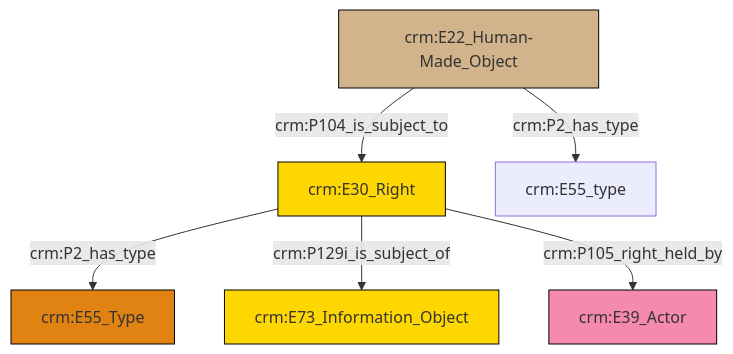
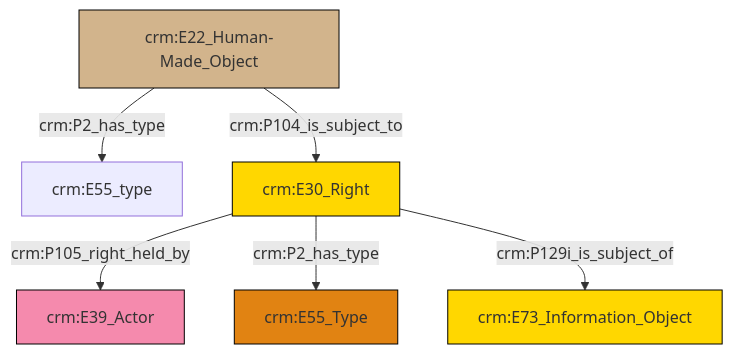
The diagram in et/builtWorkCSV/ttl/mmd/Built_Work_rights.ttl.mmd (swiss-art-research-net/docs.swissartresearch), drawn with Mermaid before and after one commit. The commit also changed 177 other files, not shown here.

```diff
--- a/et/builtWorkCSV/ttl/mmd/Built_Work_rights.ttl.mmd
+++ b/et/builtWorkCSV/ttl/mmd/Built_Work_rights.ttl.mmd
@@ -1,20 +1,20 @@
 graph TD
 classDef Literal fill:#f2f2f2,stroke:#000000;
 classDef CRM_Entity fill:#FFFFFF,stroke:#000000;
 classDef Temporal_Entity fill:#00C9E6, stroke:#000000;
 classDef Type fill:#E18312, stroke:#000000;
 classDef Time-Span fill:#2C9C91, stroke:#000000;
 classDef Appellation fill:#FFEB7F, stroke:#000000;
 classDef Place fill:#008836, stroke:#000000;
 classDef Persistent_Item fill:#B266B2, stroke:#000000;
 classDef Conceptual_Object fill:#FFD700, stroke:#000000;
 classDef Physical_Thing fill:#D2B48C, stroke:#000000;
 classDef Actor fill:#f58aad, stroke:#000000;
 classDef PC_Classes fill:#4ce600, stroke:#000000;
 classDef Multi fill:#cccccc,stroke:#000000;
 
-0["crm:E30_Right"]:::Conceptual_Object -->|crm:P2_has_type| 1["crm:E55_Type"]:::Type
-7["crm:E22_Human-Made_Object"]:::Physical_Thing -->|crm:P104_is_subject_to| 0["crm:E30_Right"]:::Conceptual_Object
-0["crm:E30_Right"]:::Conceptual_Object -->|crm:P129i_is_subject_of| 8["crm:E73_Information_Object"]:::Conceptual_Object
-0["crm:E30_Right"]:::Conceptual_Object -->|crm:P105_right_held_by| 5["crm:E39_Actor"]:::Actor
-7["crm:E22_Human-Made_Object"]:::Physical_Thing -->|crm:P2_has_type| 3["crm:E55_type"]:::Default
+4["crm:E30_Right"]:::Conceptual_Object -->|crm:P105_right_held_by| 5["crm:E39_Actor"]:::Actor
+6["crm:E22_Human-Made_Object"]:::Physical_Thing -->|crm:P104_is_subject_to| 4["crm:E30_Right"]:::Conceptual_Object
+4["crm:E30_Right"]:::Conceptual_Object -->|crm:P2_has_type| 7["crm:E55_Type"]:::Type
+6["crm:E22_Human-Made_Object"]:::Physical_Thing -->|crm:P2_has_type| 2["crm:E55_type"]:::Default
+4["crm:E30_Right"]:::Conceptual_Object -->|crm:P129i_is_subject_of| 0["crm:E73_Information_Object"]:::Conceptual_Object
```
